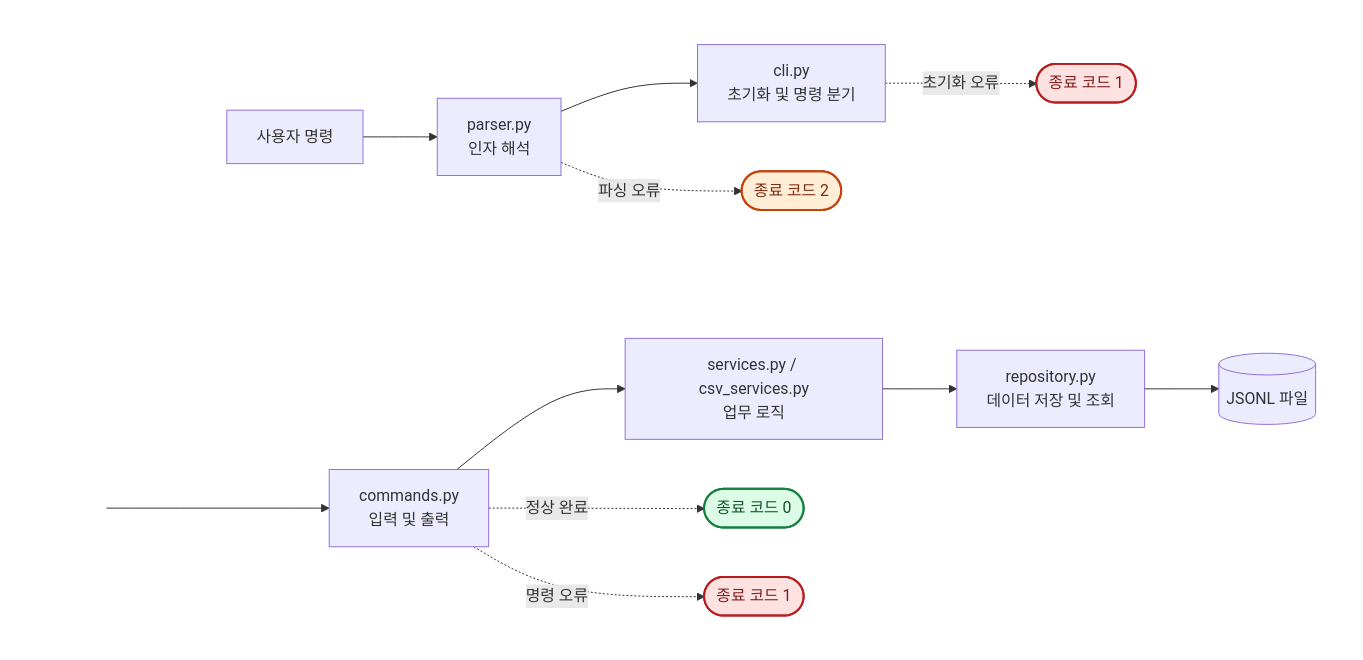
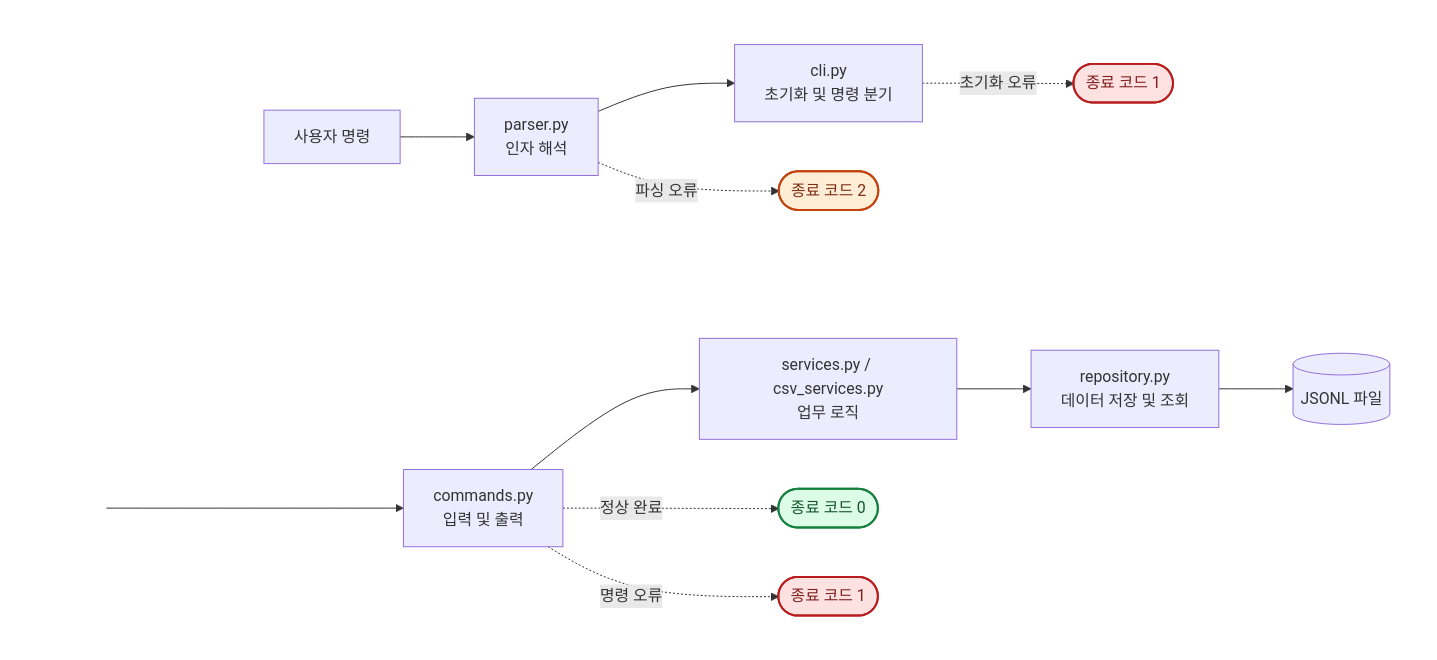
The diagram in README.md (bllancck/B2-1.py-ledger-cli), drawn with Mermaid before and after one commit.

Commit message:
docs: lengthen command flow arrow

````diff
--- a/README.md
+++ b/README.md
@@ -58,34 +58,34 @@
 ```mermaid
 flowchart TB
     subgraph first_row[" "]
         direction LR
         user[사용자 명령] --> parser[parser.py<br/>인자 해석]
         parser --> cli[cli.py<br/>초기화 및 명령 분기]
         parser -. 파싱 오류 .-> exit2([종료 코드 2])
         cli -. 초기화 오류 .-> init_error([종료 코드 1])
     end
 
     subgraph second_row[" "]
         direction LR
-        next[" "] ----> commands[commands.py<br/>입력 및 출력]
+        next[" "] -----> commands[commands.py<br/>입력 및 출력]
         services[services.py / csv_services.py<br/>업무 로직]
         commands --> services
         services --> repository[repository.py<br/>데이터 저장 및 조회]
         repository --> files[(JSONL 파일)]
         commands -. 정상 완료 .-> exit0([종료 코드 0])
         commands -. 명령 오류 .-> command_error([종료 코드 1])
     end
 
     first_row ~~~ second_row
 
     style first_row fill:none,stroke:none
     style second_row fill:none,stroke:none
     style next fill:none,stroke:none
 
     classDef exitSuccess fill:#dcfce7,stroke:#15803d,color:#14532d,stroke-width:2px
     classDef exitError fill:#fee2e2,stroke:#b91c1c,color:#7f1d1d,stroke-width:2px
     classDef exitParse fill:#ffedd5,stroke:#c2410c,color:#7c2d12,stroke-width:2px
     class exit0 exitSuccess
     class init_error,command_error exitError
     class exit2 exitParse
 ```
````
